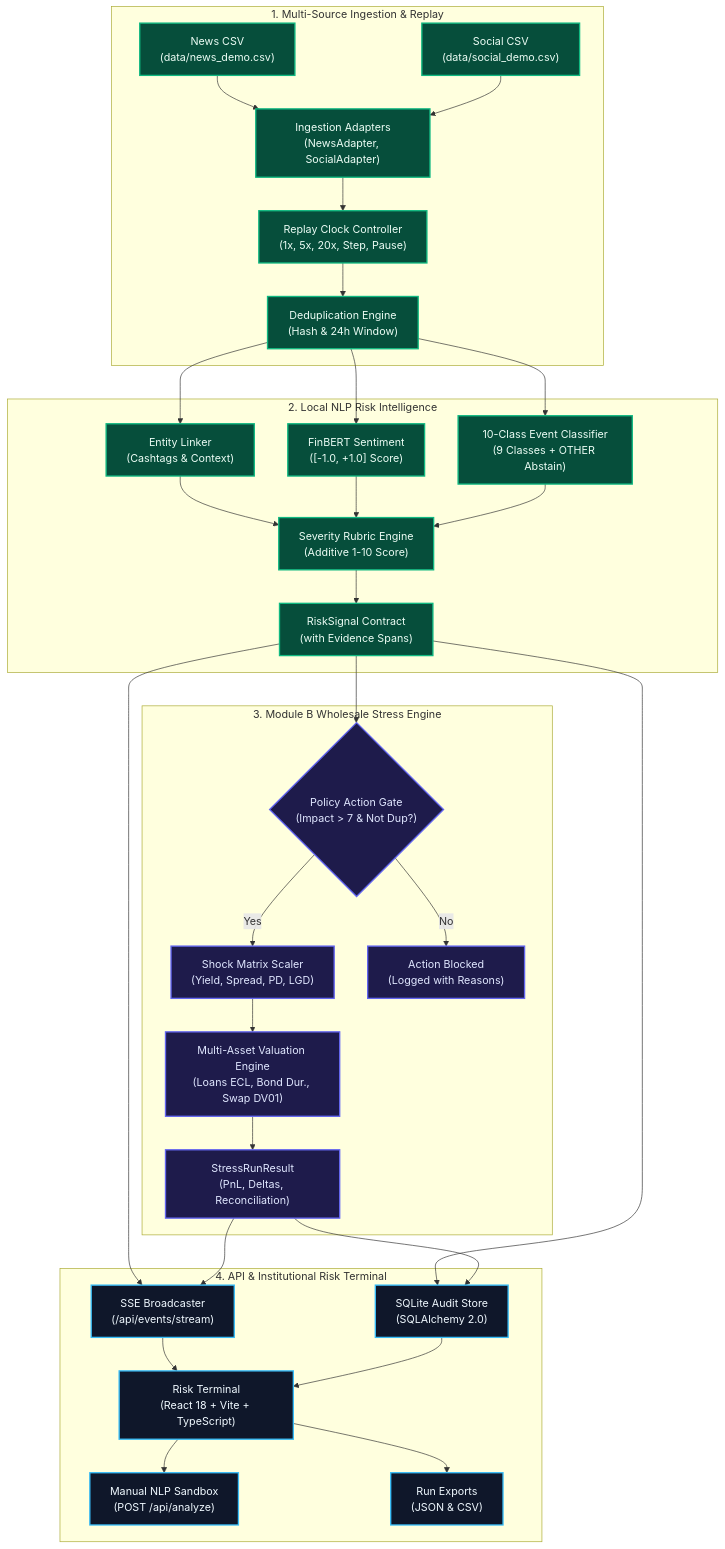
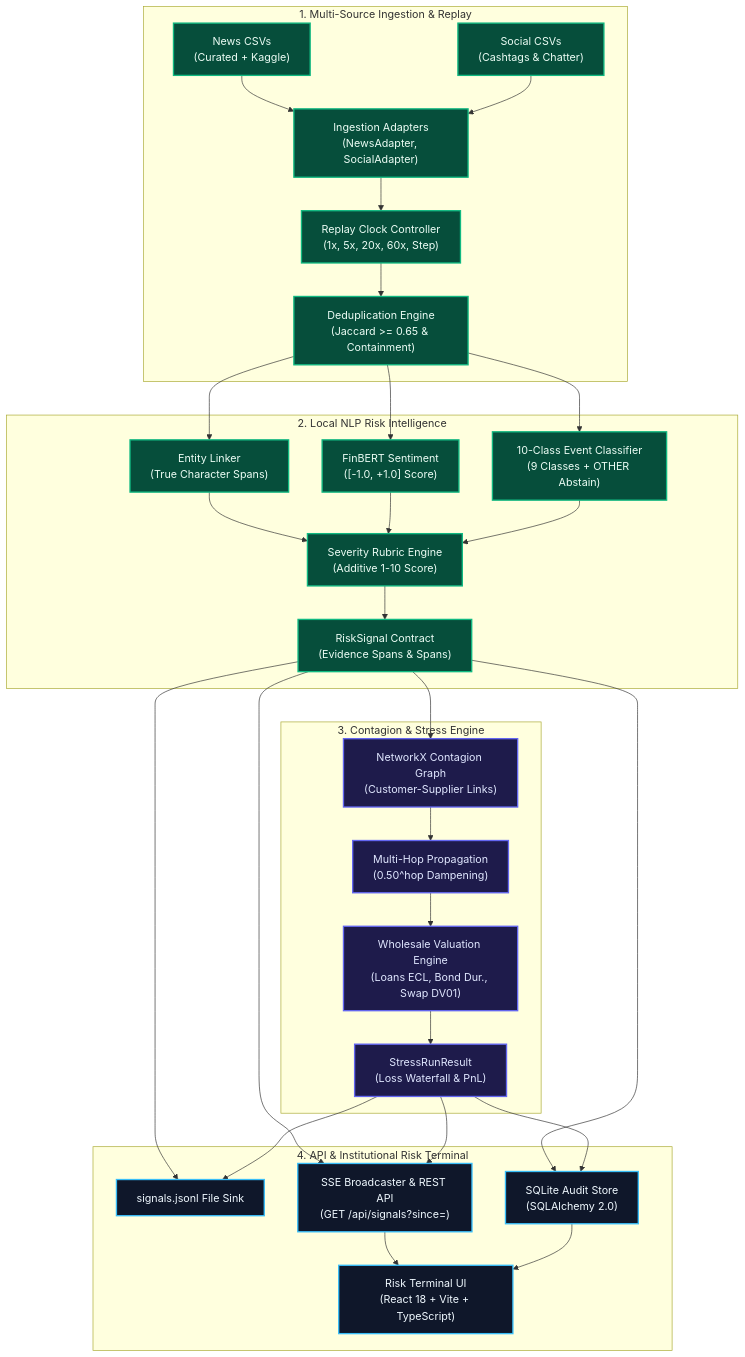
One commit to amaannn08/iit-kharagpur-aman-gupta-hackathon changed the diagram in README.md. Above: the diagram before and after it, drawn with Mermaid. The commit also changed other lines of this file and 1 other file, not shown here.

````diff
--- a/README.md
+++ b/README.md
@@ -50,41 +53,39 @@
 ```mermaid
 flowchart TD
     subgraph Ingestion["1. Multi-Source Ingestion & Replay"]
-        N["News CSV\n(data/news_demo.csv)"] --> ADAPT["Ingestion Adapters\n(NewsAdapter, SocialAdapter)"]
-        S["Social CSV\n(data/social_demo.csv)"] --> ADAPT
-        ADAPT --> REPLAY["Replay Clock Controller\n(1x, 5x, 20x, Step, Pause)"]
-        REPLAY --> DEDUP["Deduplication Engine\n(Hash & 24h Window)"]
+        N["News CSVs\n(Curated + Kaggle)"] --> ADAPT["Ingestion Adapters\n(NewsAdapter, SocialAdapter)"]
+        S["Social CSVs\n(Cashtags & Chatter)"] --> ADAPT
+        ADAPT --> REPLAY["Replay Clock Controller\n(1x, 5x, 20x, 60x, Step)"]
+        REPLAY --> DEDUP["Deduplication Engine\n(Jaccard >= 0.65 & Containment)"]
     end
 
     subgraph NLP["2. Local NLP Risk Intelligence"]
-        DEDUP --> ENT["Entity Linker\n(Cashtags & Context)"]
+        DEDUP --> ENT["Entity Linker\n(True Character Spans)"]
         DEDUP --> SENT["FinBERT Sentiment\n([-1.0, +1.0] Score)"]
         DEDUP --> EVT["10-Class Event Classifier\n(9 Classes + OTHER Abstain)"]
         ENT & SENT & EVT --> RUBRIC["Severity Rubric Engine\n(Additive 1-10 Score)"]
-        RUBRIC --> SIG["RiskSignal Contract\n(with Evidence Spans)"]
+        RUBRIC --> SIG["RiskSignal Contract\n(Evidence Spans & Spans)"]
     end
 
-    subgraph Stress["3. Module B Wholesale Stress Engine"]
-        SIG --> GATE{"Policy Action Gate\n(Impact > 7 & Not Dup?)"}
-        GATE -- Yes --> SHOCK["Shock Matrix Scaler\n(Yield, Spread, PD, LGD)"]
-        SHOCK --> VAL["Multi-Asset Valuation Engine\n(Loans ECL, Bond Dur., Swap DV01)"]
-        VAL --> RUN["StressRunResult\n(PnL, Deltas, Reconciliation)"]
-        GATE -- No --> BLK["Action Blocked\n(Logged with Reasons)"]
+    subgraph Contagion["3. Contagion & Stress Engine"]
+        SIG --> GRAPH["NetworkX Contagion Graph\n(Customer-Supplier Links)"]
+        GRAPH --> PROP["Multi-Hop Propagation\n(0.50^hop Dampening)"]
+        PROP --> VAL["Wholesale Valuation Engine\n(Loans ECL, Bond Dur., Swap DV01)"]
+        VAL --> RUN["StressRunResult\n(Loss Waterfall & PnL)"]
     end
 
     subgraph API_UI["4. API & Institutional Risk Terminal"]
-        SIG & RUN --> SSE["SSE Broadcaster\n(/api/events/stream)"]
+        SIG & RUN --> SINK["signals.jsonl File Sink"]
+        SIG & RUN --> SSE["SSE Broadcaster & REST API\n(GET /api/signals?since=)"]
         SIG & RUN --> DB["SQLite Audit Store\n(SQLAlchemy 2.0)"]
-        SSE & DB --> UI["Risk Terminal\n(React 18 + Vite + TypeScript)"]
-        UI --> PLAY["Manual NLP Sandbox\n(POST /api/analyze)"]
-        UI --> EXP["Run Exports\n(JSON & CSV)"]
+        SSE & DB --> UI["Risk Terminal UI\n(React 18 + Vite + TypeScript)"]
     end
 
     classDef active fill:#064e3b,stroke:#10b981,stroke-width:2px,color:#ecfdf5;
     classDef stress fill:#1e1b4b,stroke:#6366f1,stroke-width:2px,color:#e0e7ff;
     classDef ui fill:#0f172a,stroke:#38bdf8,stroke-width:2px,color:#f0f9ff;
 
     class N,S,ADAPT,REPLAY,DEDUP,ENT,SENT,EVT,RUBRIC,SIG active;
-    class GATE,SHOCK,VAL,RUN,BLK stress;
-    class SSE,DB,UI,PLAY,EXP ui;
+    class GRAPH,PROP,VAL,RUN stress;
+    class SINK,SSE,DB,UI ui;
 ```
````
